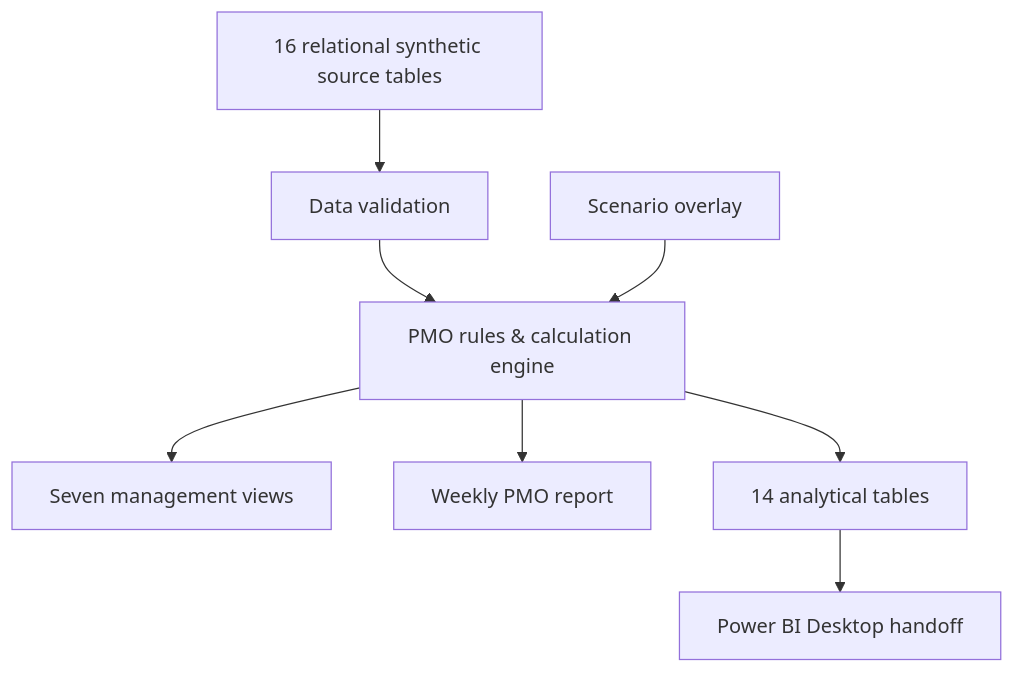
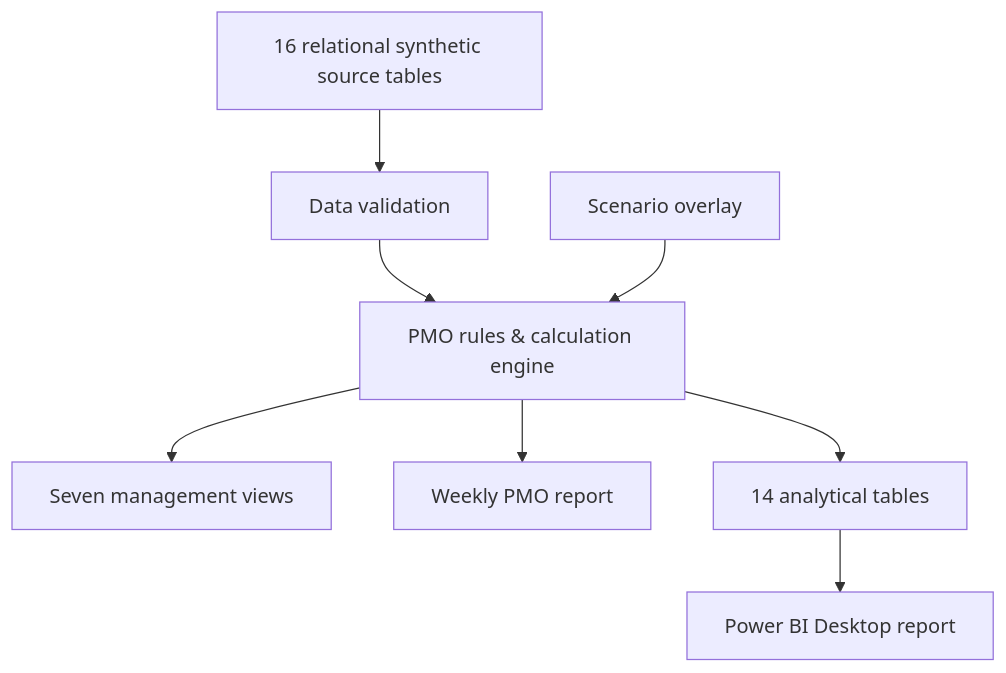
The diagram in README.md (Sreejith4554/pmo-portfolio-command-center), drawn with Mermaid before and after one commit. The commit also changed other lines of this file, not shown here.

Commit message:
Update README with completed Power BI implementation

````diff
--- a/README.md
+++ b/README.md
@@ -170,12 +221,12 @@
 ```mermaid
 flowchart TD
     SOURCE["16 relational synthetic source tables"] --> VALIDATE["Data validation"]
     VALIDATE --> ENGINE["PMO rules & calculation engine"]
     SCENARIO["Scenario overlay"] --> ENGINE
 
     ENGINE --> APP["Seven management views"]
     ENGINE --> REPORT["Weekly PMO report"]
     ENGINE --> DATA["14 analytical tables"]
 
-    DATA --> POWERBI["Power BI Desktop handoff"]
+    DATA --> POWERBI["Power BI Desktop report"]
 ```
````
